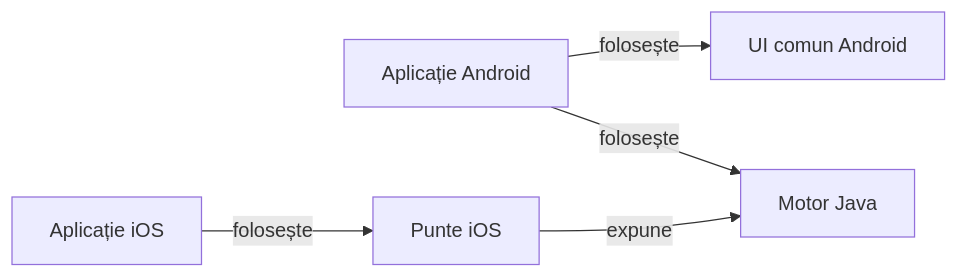
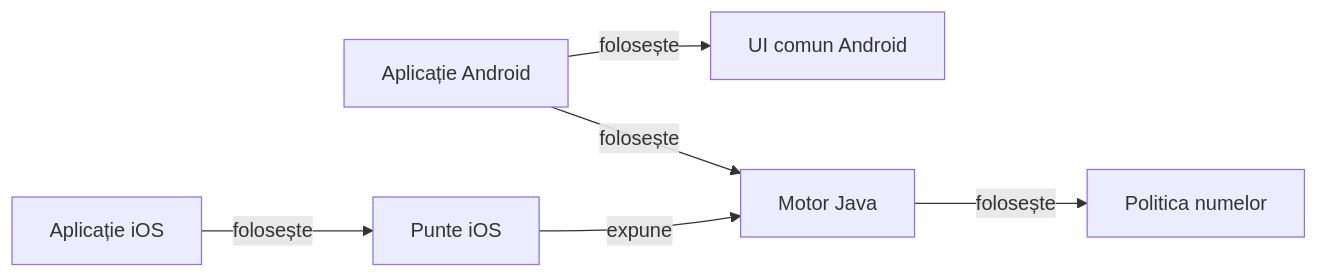
The second of 2 diagrams in README.md (crististefanita/atf_j4), drawn with Mermaid before and after one commit. The commit also changed other lines of this file and 7 other files, not shown here.

Commit message:
Put Whist Lab architecture first and consolidate open feedback

````diff
--- a/README.md
+++ b/README.md
@@ -20,12 +51,14 @@
 ```mermaid
 flowchart LR
     app[Aplicație Android]
     atf_card_table_ui[UI comun Android]
     ios[Aplicație iOS]
     ios_bridge[Punte iOS]
     game_core[Motor Java]
+    card_table_names[Politica numelor]
     app -->|folosește| atf_card_table_ui
     app -->|folosește| game_core
     ios -->|folosește| ios_bridge
     ios_bridge -->|expune| game_core
+    game_core -->|folosește| card_table_names
 ```
````
